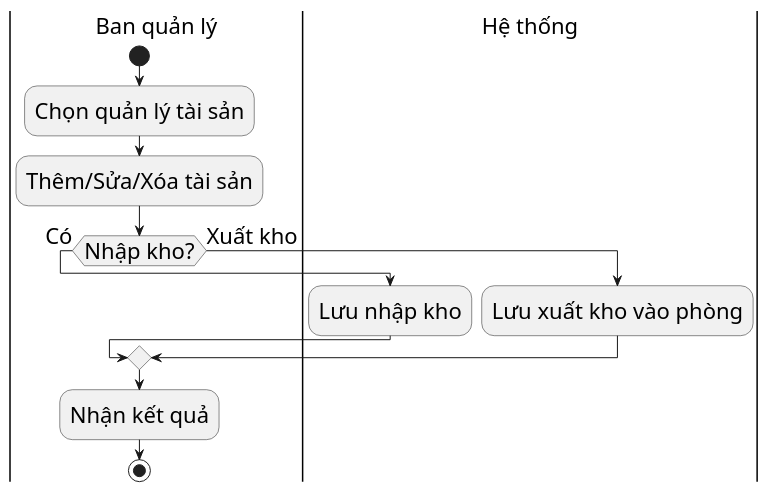
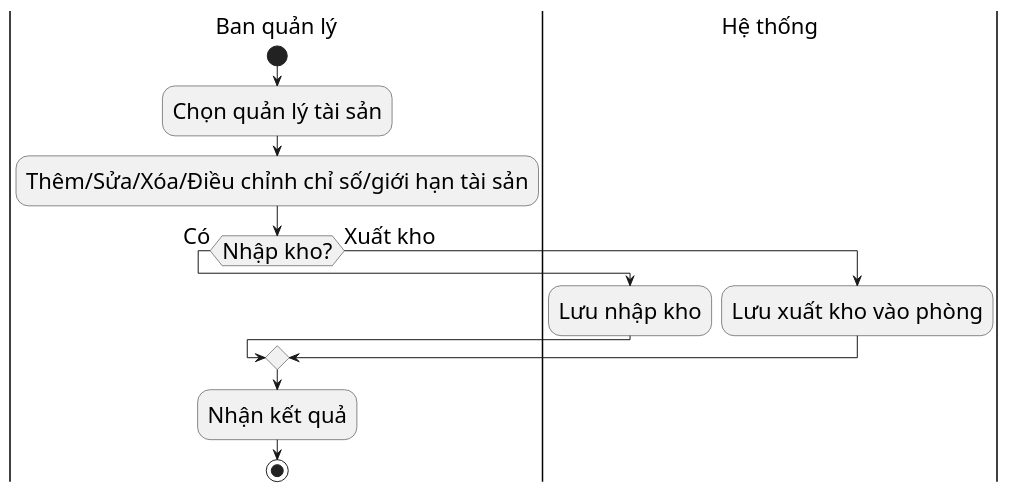
One commit to s0nbuildtech287/dormitory-frontend changed the diagram in diagrams/nhomtaisan/asset_management_activity.puml. Above: the diagram before and after it, drawn with PlantUML. The commit also changed 3 other files, not shown here.

```diff
--- a/diagrams/nhomtaisan/asset_management_activity.puml
+++ b/diagrams/nhomtaisan/asset_management_activity.puml
@@ -1,18 +1,18 @@
 @startuml "Asset Management Activity"
 skinparam defaultFontSize 22
 skinparam defaultFontName "Times New Roman"
 |Ban quản lý|
 start
 :Chọn quản lý tài sản;
-:Thêm/Sửa/Xóa tài sản;
+:Thêm/Sửa/Xóa/Điều chỉnh chỉ số/giới hạn tài sản;
 if (Nhập kho?) then (Có)
   |Hệ thống|
   :Lưu nhập kho;
 else (Xuất kho)
   |Hệ thống|
   :Lưu xuất kho vào phòng;
 endif
 |Ban quản lý|
 :Nhận kết quả;
 stop
 @enduml
```
